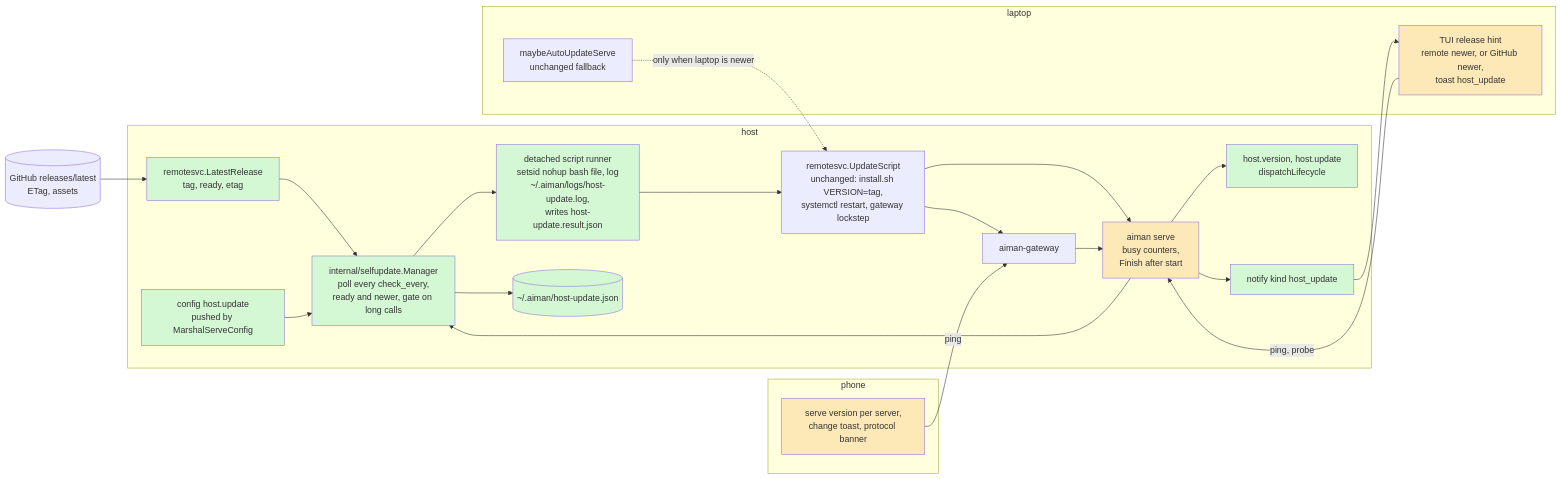
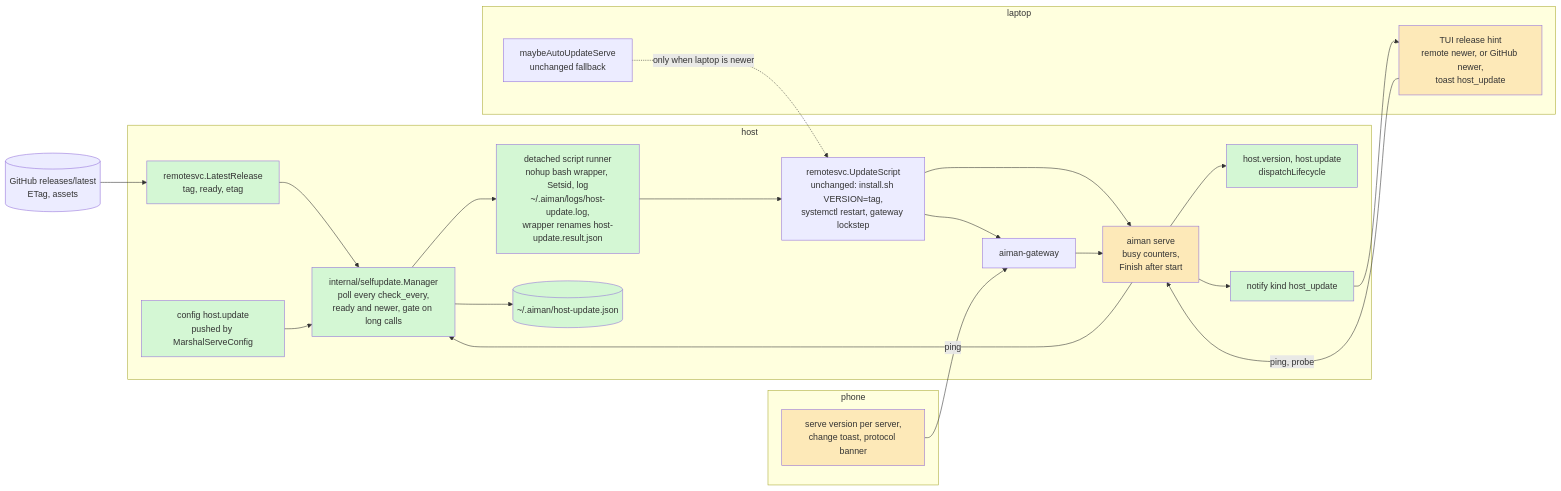
One commit to bouwerp/aiman changed the third of 3 diagrams in docs/specs/host-self-update.md. Above: the diagram before and after it, drawn with Mermaid. The commit also changed other lines of this file and 13 other files, not shown here.

````diff
--- a/docs/specs/host-self-update.md
+++ b/docs/specs/host-self-update.md
@@ -167,38 +168,38 @@
 ```mermaid
 flowchart LR
     classDef new fill:#d4f7d4
     classDef changed fill:#fde9b8
     classDef removed stroke-dasharray:4,fill:#f9d0d0
 
     GH[(GitHub releases/latest<br/>ETag, assets)]
     subgraph host
         Mgr[internal/selfupdate.Manager<br/>poll every check_every,<br/>ready and newer, gate on long calls]:::new
         Fetch[remotesvc.LatestRelease<br/>tag, ready, etag]:::new
-        Run[detached script runner<br/>setsid nohup bash file, log<br/>~/.aiman/logs/host-update.log,<br/>writes host-update.result.json]:::new
+        Run[detached script runner<br/>nohup bash wrapper, Setsid, log<br/>~/.aiman/logs/host-update.log,<br/>wrapper renames host-update.result.json]:::new
         Script[remotesvc.UpdateScript<br/>unchanged: install.sh VERSION=tag,<br/>systemctl restart, gateway lockstep]
         Serve[aiman serve<br/>busy counters,<br/>Finish after start]:::changed
         GW[aiman-gateway]
         StateF[(~/.aiman/host-update.json)]:::new
         RPC[host.version, host.update<br/>dispatchLifecycle]:::new
         Notify[notify kind host_update]:::new
         Cfg[config host.update<br/>pushed by MarshalServeConfig]:::new
     end
     subgraph laptop
         TUI[TUI release hint<br/>remote newer, or GitHub newer,<br/>toast host_update]:::changed
         Auto[maybeAutoUpdateServe<br/>unchanged fallback]
     end
     subgraph phone
         App[serve version per server,<br/>change toast, protocol banner]:::changed
     end
     GH --> Fetch --> Mgr
     Mgr --> StateF
     Mgr --> Run --> Script --> Serve
     Script --> GW
     Serve --> Mgr
     Serve --> RPC
     Serve --> Notify --> TUI
     Cfg --> Mgr
     TUI -->|ping, probe| Serve
     App -->|ping| GW --> Serve
     Auto -.->|only when laptop is newer| Script
 ```
````
